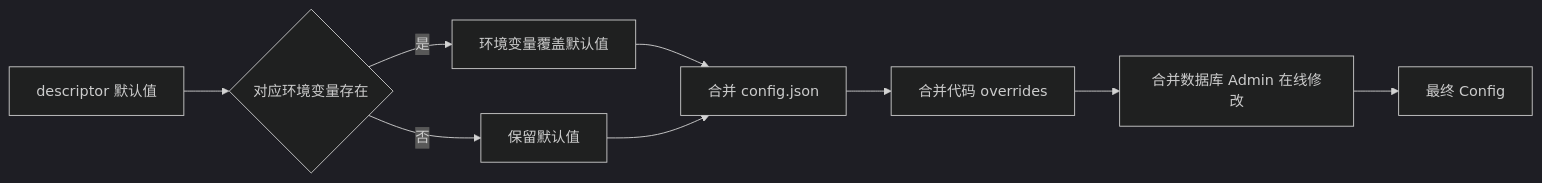
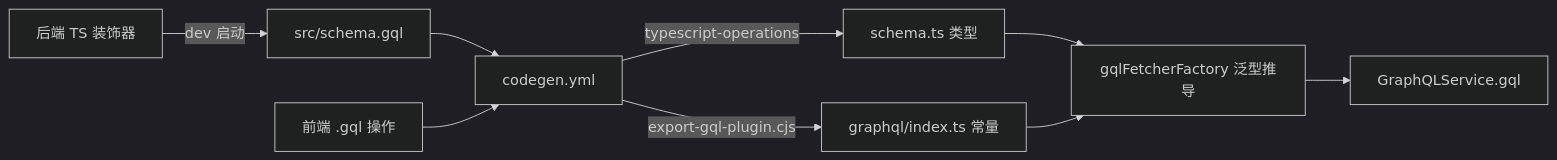
One commit to lfire/AFFiNE changed the second of 5 diagrams in learning-guide/slides/decks/27.md. Above: the diagram before and after it, drawn with Mermaid (dark theme). The commit also changed other lines of this file and 73 other files, not shown here.

````diff
--- a/learning-guide/slides/decks/27.md
+++ b/learning-guide/slides/decks/27.md
@@ -204,11 +143,11 @@
 ```mermaid
 flowchart LR
-  A["descriptor 默认值"] --> B{"对应环境变量存在"}
-  B -->|是| C["环境变量覆盖默认值"]
-  B -->|否| D["保留默认值"]
-  C --> E["合并 config.json"]
-  D --> E
-  E --> F["合并代码 overrides"]
-  F --> G["合并数据库 Admin 在线修改"]
-  G --> H["最终 Config"]
+  A["后端 TS 装饰器"] -->|"dev 启动"| B["src/schema.gql"]
+  B --> C["codegen.yml"]
+  D["前端 .gql 操作"] --> C
+  C -->|"typescript-operations"| E["schema.ts 类型"]
+  C -->|"export-gql-plugin.cjs"| F["graphql/index.ts 常量"]
+  E --> G["gqlFetcherFactory 泛型推导"]
+  F --> G
+  G --> H["GraphQLService.gql"]
 ```
````
